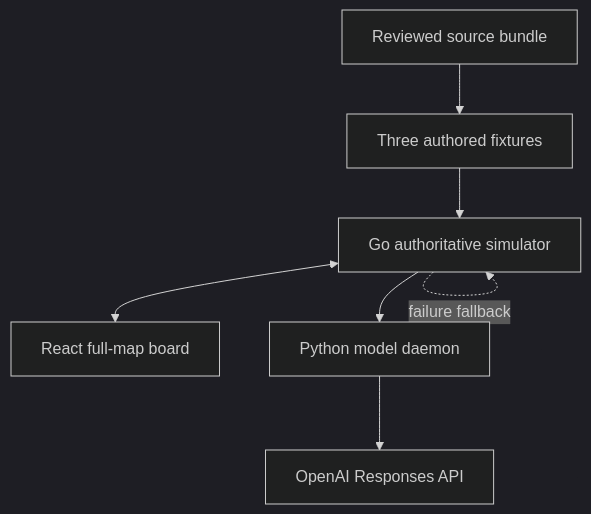
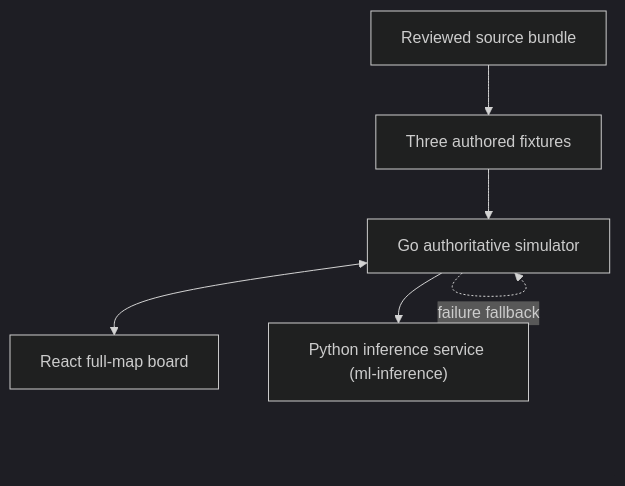
The diagram in docs/architecture.md (joyalzzy/playable-replays), drawn with Mermaid (dark theme) before and after one commit. The commit also changed other lines of this file and 20 other files, not shown here.

````diff
--- a/docs/architecture.md
+++ b/docs/architecture.md
@@ -16,9 +16,8 @@
 ```mermaid
 flowchart TD
     A["Reviewed source bundle"] --> B["Three authored fixtures"]
     B --> C["Go authoritative simulator"]
     C <--> D["React full-map board"]
-    C --> E["Python model daemon"]
-    E --> F["OpenAI Responses API"]
+    C --> E["Python inference service (ml-inference)"]
     C -. "failure fallback" .-> C
 ```
````
